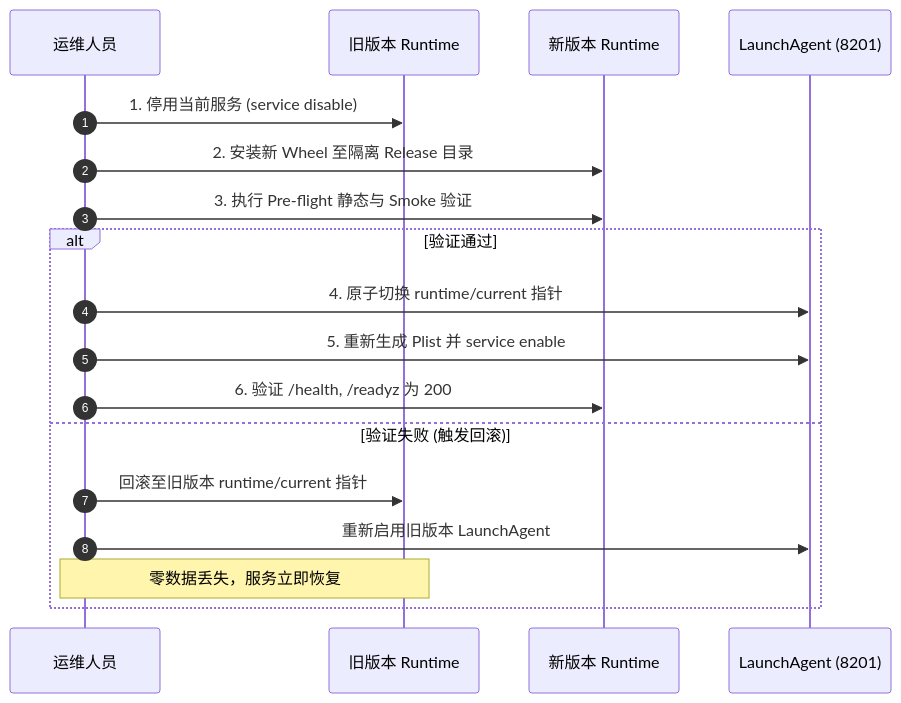
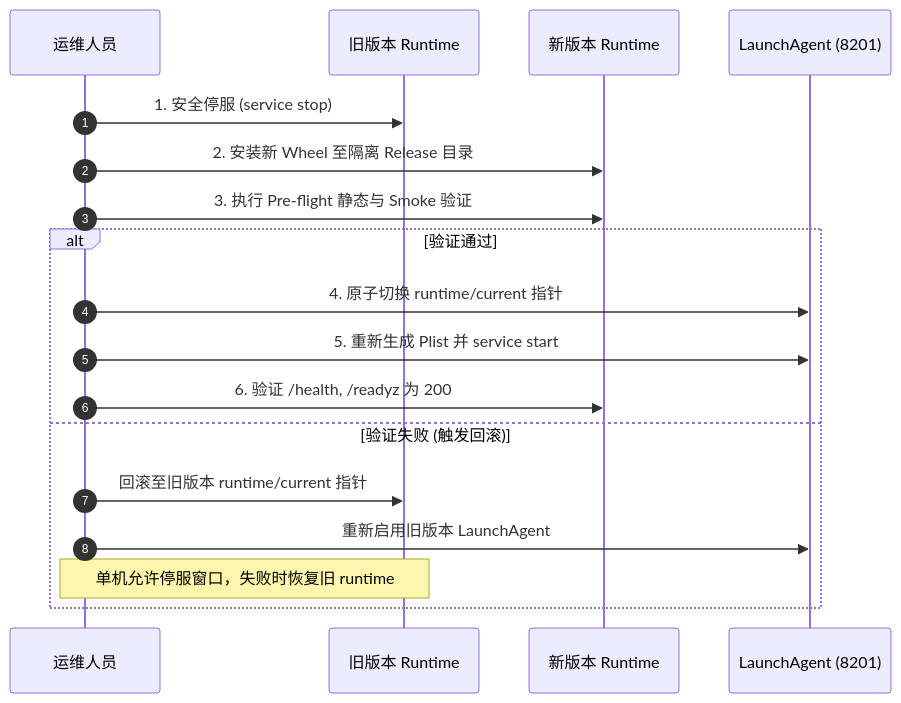
One commit to hrygo/SpeechRail changed the third of 3 diagrams in docs/operations/operations-runbook.md. Above: the diagram before and after it, drawn with Mermaid. The commit also changed other lines of this file and 12 other files, not shown here.

Commit message:
feat: implement controller-backed service lifecycle management in CLI and add start/stop commands

````diff
--- a/docs/operations/operations-runbook.md
+++ b/docs/operations/operations-runbook.md
@@ -120,21 +120,21 @@
 ```mermaid
 sequenceDiagram
     autonumber
     participant SRE as 运维人员
     participant Old as 旧版本 Runtime
     participant New as 新版本 Runtime
     participant Agent as LaunchAgent (8201)
 
-    SRE->>Old: 1. 停用当前服务 (service disable)
+    SRE->>Old: 1. 安全停服 (service stop)
     SRE->>New: 2. 安装新 Wheel 至隔离 Release 目录
     SRE->>New: 3. 执行 Pre-flight 静态与 Smoke 验证
     alt 验证通过
         SRE->>Agent: 4. 原子切换 runtime/current 指针
-        SRE->>Agent: 5. 重新生成 Plist 并 service enable
+        SRE->>Agent: 5. 重新生成 Plist 并 service start
         SRE->>New: 6. 验证 /health, /readyz 为 200
     else 验证失败 (触发回滚)
         SRE->>Old: 回滚至旧版本 runtime/current 指针
         SRE->>Agent: 重新启用旧版本 LaunchAgent
-        Note over SRE,Old: 零数据丢失，服务立即恢复
+        Note over SRE,Old: 单机允许停服窗口，失败时恢复旧 runtime
     end
 ```
````
